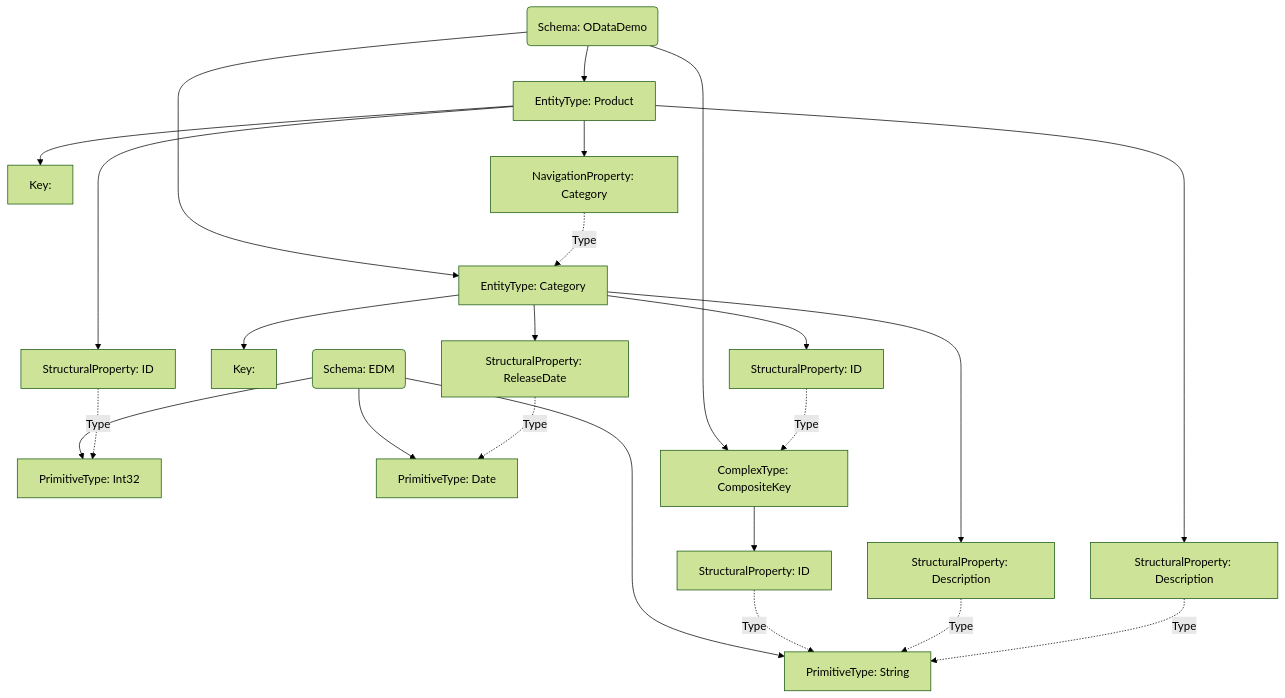
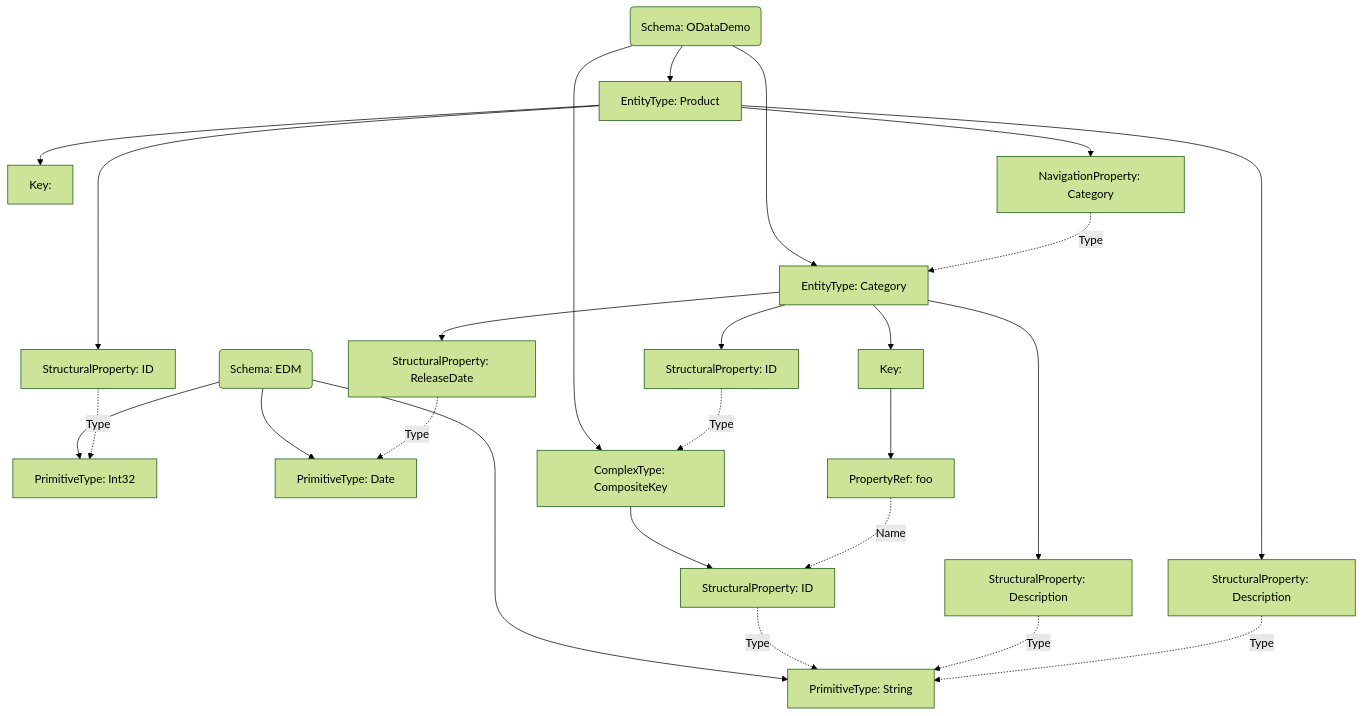
The diagram in src/generated/model.md (xtofs/mml), drawn with Mermaid (forest theme) before and after one commit. The commit also changed 1 other file, not shown here.

Commit message:
add keys

````diff
--- a/src/generated/model.md
+++ b/src/generated/model.md
@@ -1,43 +1,46 @@
 ```mermaid
     graph
 
     n0("Schema: EDM")
     n1["PrimitiveType: Int32"]
     n2["PrimitiveType: String"]
     n3["PrimitiveType: Date"]
     n4("Schema: ODataDemo")
     n5["ComplexType: CompositeKey"]
     n6["StructuralProperty: ID"]
     n7["EntityType: Category"]
     n8["Key: "]
-    n9["StructuralProperty: ID"]
-    n10["StructuralProperty: Description"]
-    n11["StructuralProperty: ReleaseDate"]
-    n12["EntityType: Product"]
-    n13["Key: "]
-    n14["StructuralProperty: ID"]
-    n15["StructuralProperty: Description"]
-    n16["NavigationProperty: Category"]
+    n9["PropertyRef: foo"]
+    n10["StructuralProperty: ID"]
+    n11["StructuralProperty: Description"]
+    n12["StructuralProperty: ReleaseDate"]
+    n13["EntityType: Product"]
+    n14["Key: "]
+    n15["StructuralProperty: ID"]
+    n16["StructuralProperty: Description"]
+    n17["NavigationProperty: Category"]
     n0-->n1
     n0-->n2
     n0-->n3
     n4-->n5
     n4-->n7
-    n4-->n12
+    n4-->n13
     n5-->n6
     n6-.->|Type|n2
     n7-->n8
-    n7-->n9
     n7-->n10
     n7-->n11
-    n9-.->|Type|n5
-    n10-.->|Type|n2
-    n11-.->|Type|n3
-    n12-->n13
-    n12-->n14
-    n12-->n15
-    n12-->n16
-    n14-.->|Type|n1
-    n15-.->|Type|n2
-    n16-.->|Type|n7
+    n7-->n12
+    n8-->n9
+    n9-.->|Name|n6
+    n10-.->|Type|n5
+    n11-.->|Type|n2
+    n12-.->|Type|n3
+    n13-->n14
+    n13-->n15
+    n13-->n16
+    n13-->n17
+    n15-.->|Type|n1
+    n16-.->|Type|n2
+    n17-.->|Type|n7
 ```
````
